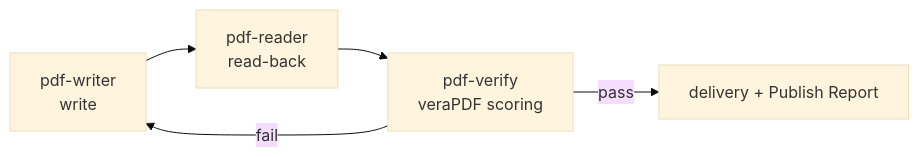
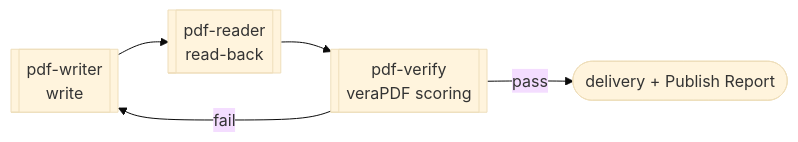
The diagram in site/docs/skills/pdf-publish.md (shuji-bonji/pdf-agent-stack), drawn with Mermaid (base theme) before and after one commit. The commit also changed 10 other files, not shown here.

Commit message:
fix: Mermaid図を改良

````diff
--- a/site/docs/skills/pdf-publish.md
+++ b/site/docs/skills/pdf-publish.md
@@ -9,6 +9,6 @@
 ```mermaid
 graph LR
-  W[pdf-writer<br>write] --> R[pdf-reader<br>read-back] --> V[pdf-verify<br>veraPDF scoring]
+  W[["pdf-writer<br>write"]] --> R[["pdf-reader<br>read-back"]] --> V[["pdf-verify<br>veraPDF scoring"]]
   V -->|fail| W
-  V -->|pass| D[delivery + Publish Report]
+  V -->|pass| D(["delivery + Publish Report"])
 ```
````
